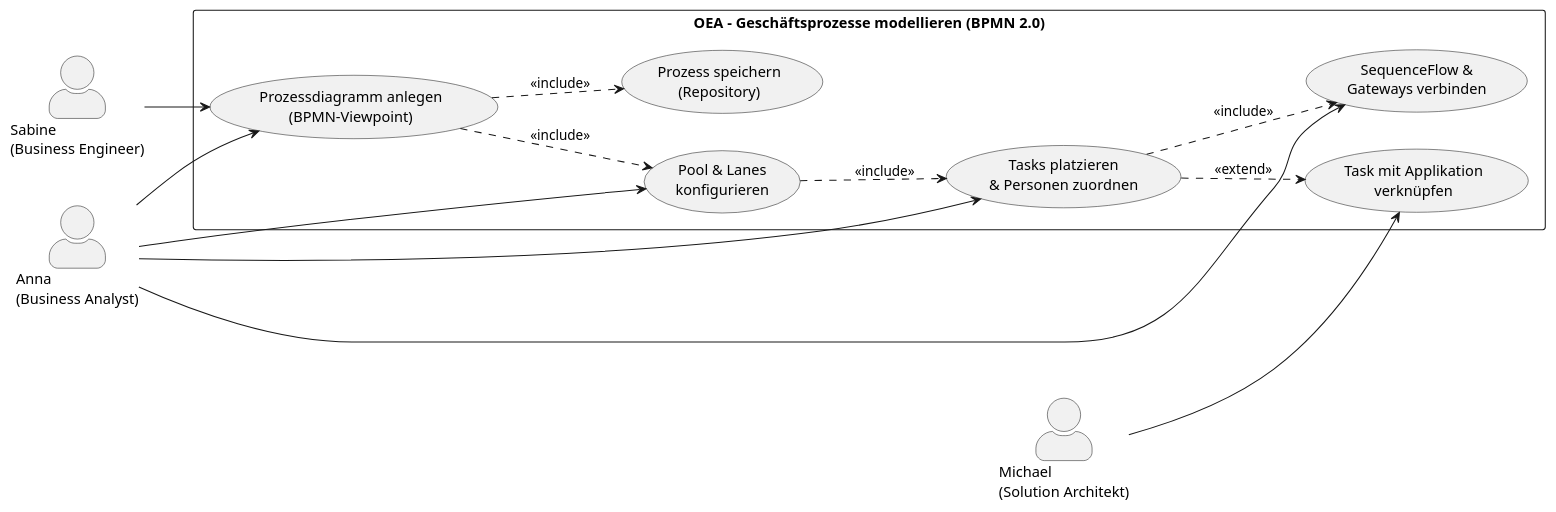
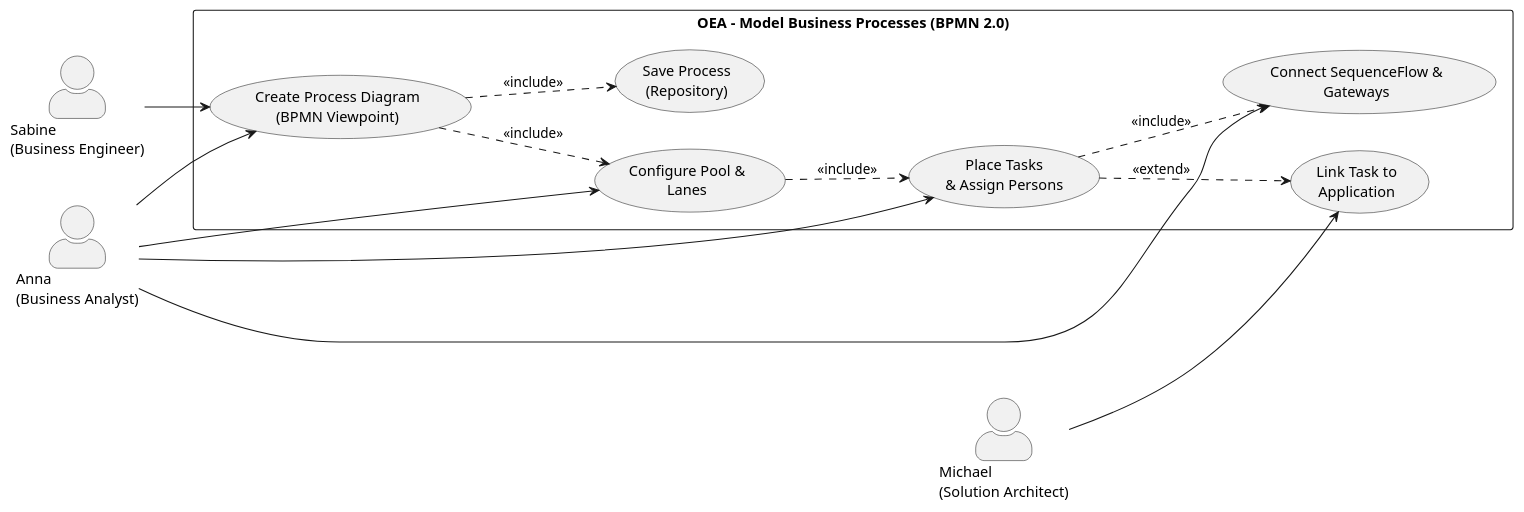
The diagram in requirements/use-cases/UC-10-model-business-processes.md (open-enterprise-architecture/OEA), drawn with PlantUML before and after one commit. The commit also changed other lines of this file and 630 other files, not shown here.

````diff
--- a/requirements/use-cases/UC-10-model-business-processes.md
+++ b/requirements/use-cases/UC-10-model-business-processes.md
@@ -35,32 +35,32 @@
 ```plantuml
 @startuml UC-10-BPMN
 left to right direction
 skinparam actorStyle awesome
 
 actor "Anna\n(Business Analyst)" as Anna
-actor "Michael\n(Solution Architekt)" as Michael
+actor "Michael\n(Solution Architect)" as Michael
 actor "Sabine\n(Business Engineer)" as Sabine
 
-rectangle "OEA – Geschäftsprozesse modellieren (BPMN 2.0)" {
-  usecase "Prozessdiagramm anlegen\n(BPMN-Viewpoint)" as UC_Create
-  usecase "Pool & Lanes\nkonfigurieren" as UC_Pool
-  usecase "Tasks platzieren\n& Personen zuordnen" as UC_Tasks
-  usecase "SequenceFlow &\nGateways verbinden" as UC_Flow
-  usecase "Task mit Applikation\nverknüpfen" as UC_App
-  usecase "Prozess speichern\n(Repository)" as UC_Save
+rectangle "OEA – Model Business Processes (BPMN 2.0)" {
+  usecase "Create Process Diagram\n(BPMN Viewpoint)" as UC_Create
+  usecase "Configure Pool &\nLanes" as UC_Pool
+  usecase "Place Tasks\n& Assign Persons" as UC_Tasks
+  usecase "Connect SequenceFlow &\nGateways" as UC_Flow
+  usecase "Link Task to\nApplication" as UC_App
+  usecase "Save Process\n(Repository)" as UC_Save
 }
 
 Anna --> UC_Create
 Anna --> UC_Pool
 Anna --> UC_Tasks
 Anna --> UC_Flow
 Michael --> UC_App
 Sabine --> UC_Create
 
 UC_Create ..> UC_Pool : <<include>>
 UC_Pool ..> UC_Tasks : <<include>>
 UC_Tasks ..> UC_Flow : <<include>>
 UC_Tasks ..> UC_App : <<extend>>
 UC_Create ..> UC_Save : <<include>>
 @enduml
 ```
````
